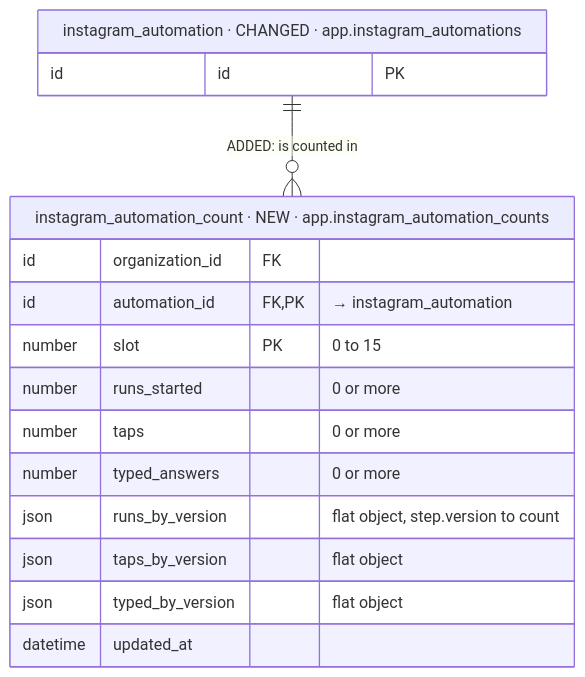
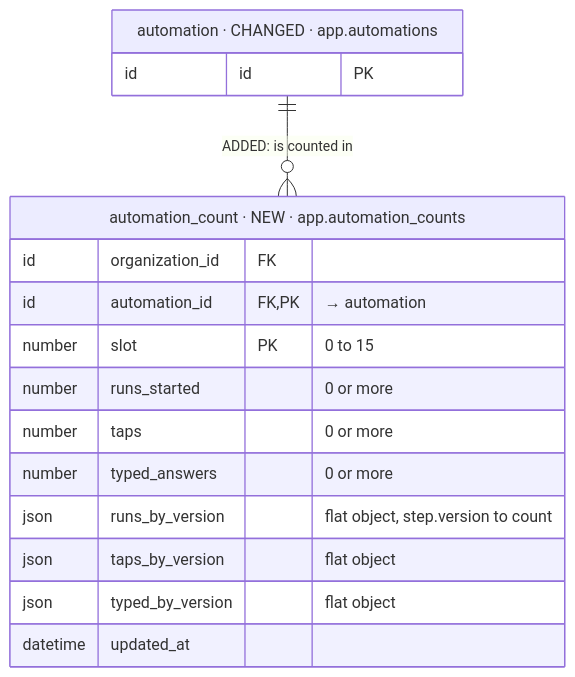
Diagram 12 of 40 in iterations/feat-instagram-dm-sending-2026-11-23-oxak/plans/db-changes.md (albetrios/meepzo-be), drawn with Mermaid before and after one commit. The commit also changed other lines of this file and 2 other files, not shown here.

````diff
--- a/iterations/feat-instagram-dm-sending-2026-11-23-oxak/plans/db-changes.md
+++ b/iterations/feat-instagram-dm-sending-2026-11-23-oxak/plans/db-changes.md
@@ -733,19 +765,19 @@
 ```mermaid
 erDiagram
-  instagram_automation_count["instagram_automation_count · NEW · app.instagram_automation_counts"] {
+  automation_count["automation_count · NEW · app.automation_counts"] {
     id organization_id FK
-    id automation_id FK, PK "→ instagram_automation"
+    id automation_id FK, PK "→ automation"
     number slot PK "0 to 15"
     number runs_started "0 or more"
     number taps "0 or more"
     number typed_answers "0 or more"
     json runs_by_version "flat object, step.version to count"
     json taps_by_version "flat object"
     json typed_by_version "flat object"
     datetime updated_at
   }
-  instagram_automation["instagram_automation · CHANGED · app.instagram_automations"] {
+  automation["automation · CHANGED · app.automations"] {
     id id PK
   }
-  instagram_automation ||--o{ instagram_automation_count : "ADDED: is counted in"
+  automation ||--o{ automation_count : "ADDED: is counted in"
 ```
````
